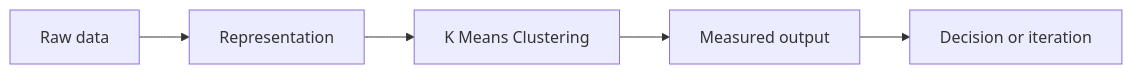
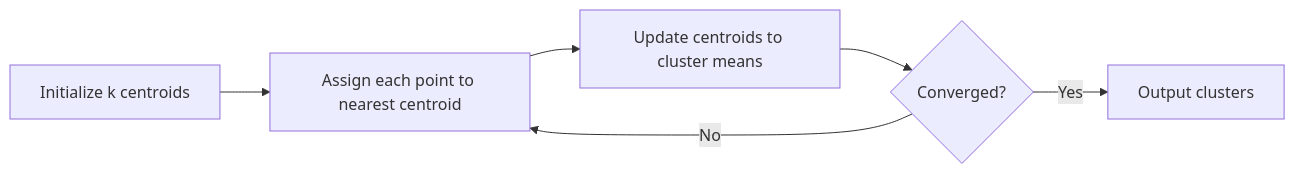
The diagram in classical-ml/10-k-means-clustering.md (Icon1cc/Machine-Learning), drawn with Mermaid before and after one commit. The commit also changed other lines of this file and 264 other files, not shown here.

````diff
--- a/classical-ml/10-k-means-clustering.md
+++ b/classical-ml/10-k-means-clustering.md
@@ -92,7 +181,8 @@
 ```mermaid
 flowchart LR
-    A[Raw data] --> B[Representation]
-    B --> C[K Means Clustering]
-    C --> D[Measured output]
-    D --> E[Decision or iteration]
+    I[Initialize k centroids] --> A[Assign each point to nearest centroid]
+    A --> U[Update centroids to cluster means]
+    U --> C{Converged?}
+    C -- No --> A
+    C -- Yes --> O[Output clusters]
 ```
````
